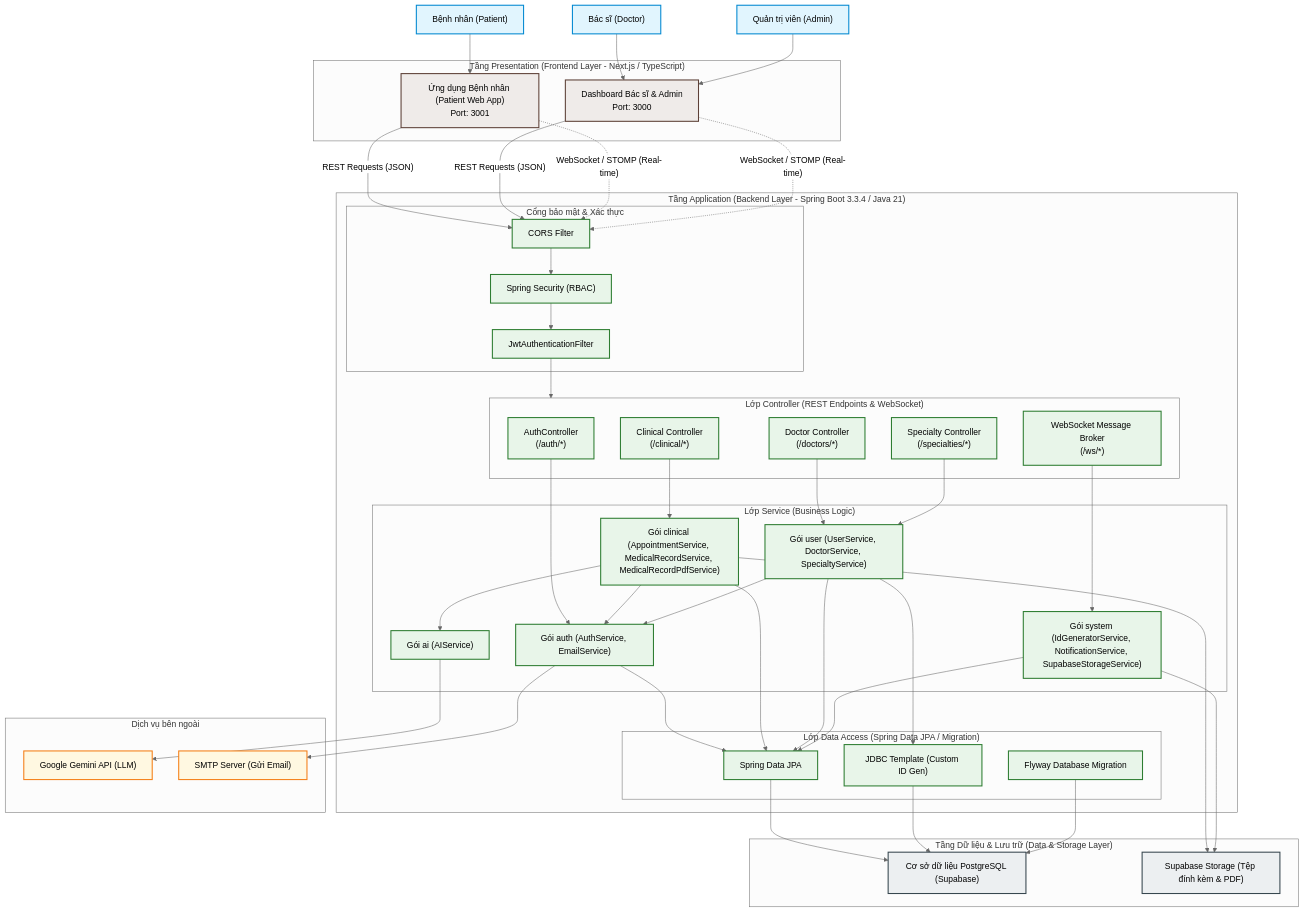
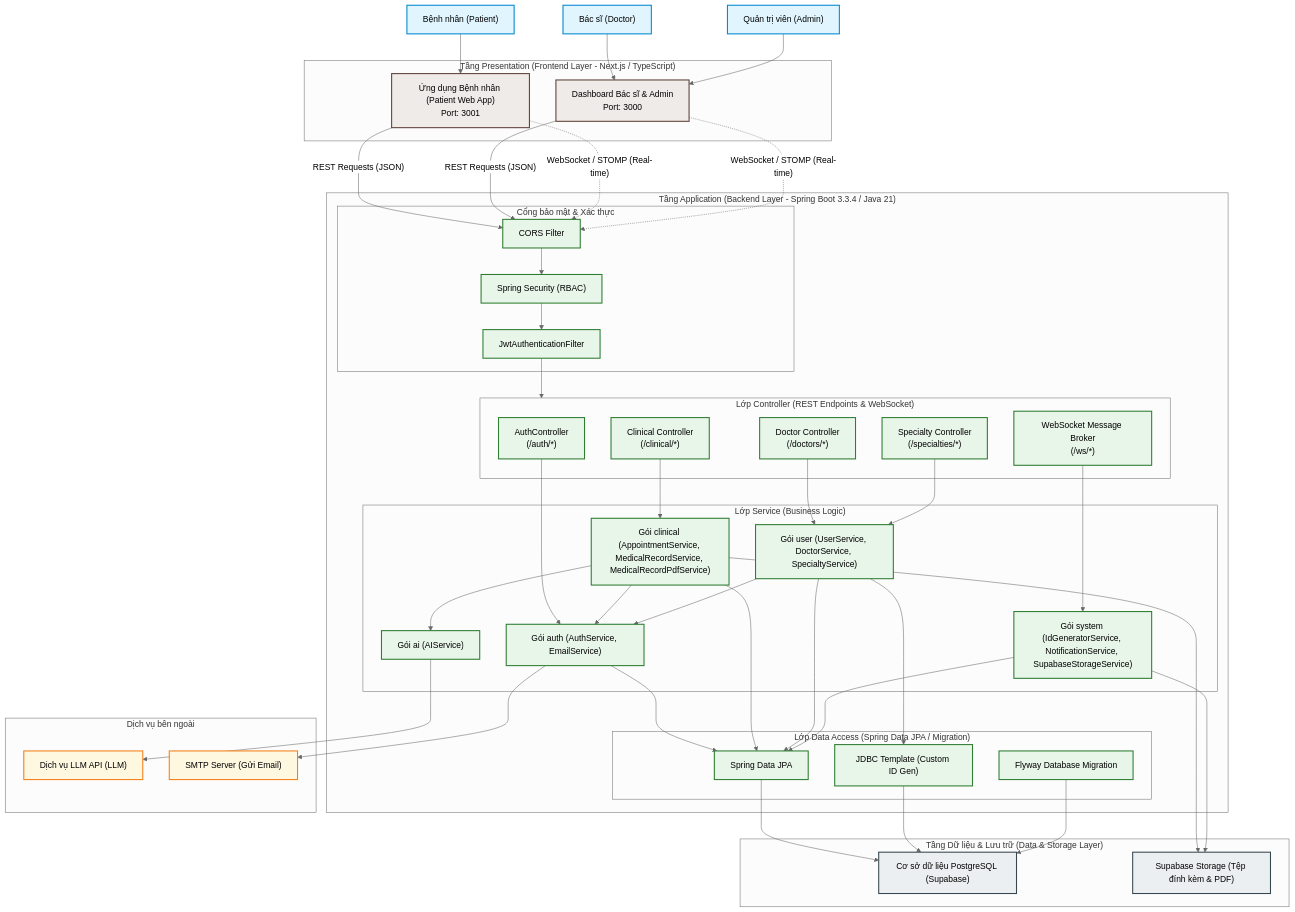
Before and after one commit to Anh-iscrying/MediCore_v2: the diagram in docs/architecture-diagram.md, drawn with Mermaid (neutral theme). The commit also changed other lines of this file and 2 other files, not shown here.

Commit message:
docs: update architecture diagram and refine websocket config

````diff
--- a/docs/architecture-diagram.md
+++ b/docs/architecture-diagram.md
@@ -65,7 +65,7 @@
 
     %% Các dịch vụ tích hợp bên ngoài
     subgraph ExternalServices ["Dịch vụ bên ngoài"]
-        GeminiAPI["Google Gemini API (LLM)"]
+        LLMAPI["Dịch vụ LLM API (LLM)"]
         SMTPServer["SMTP Server (Gửi Email)"]
     end
 
@@ -99,7 +99,7 @@
     UserServices --> AuthServices
     
     %% Service -> Kết nối bên ngoài
-    AIServices --> GeminiAPI
+    AIServices --> LLMAPI
     AuthServices --> SMTPServer
     
     %% Lớp Service -> Repository
@@ -127,6 +127,6 @@
     class Patient,Doctor,Admin actorStyle;
     class PatientApp,DocAdminApp frontStyle;
     class CORS,SpringSec,JwtFilter,AuthController,ClinicalController,DoctorController,SpecialtyController,WSController,AuthServices,ClinicalServices,UserServices,AIServices,SystemServices,JPA,JDBC,Flyway backStyle;
-    class GeminiAPI,SMTPServer extStyle;
+    class LLMAPI,SMTPServer extStyle;
     class Postgres,SupabaseStorage dbStyle;
 ```
````
